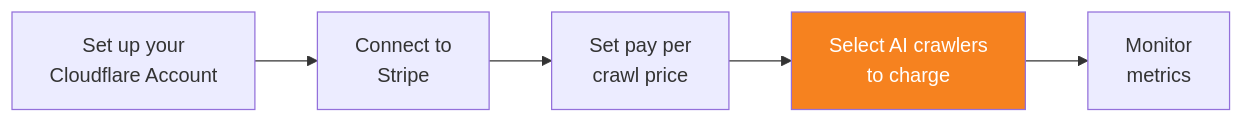
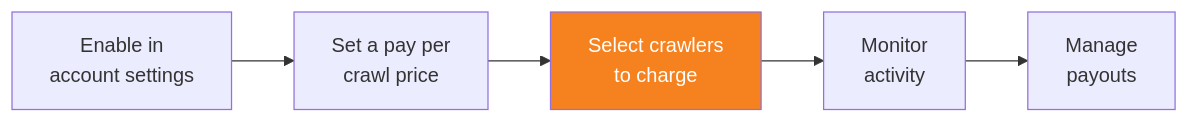
One commit to rdhanarot/cloudflare-docs changed the diagram in src/content/docs/ai-crawl-control/features/pay-per-crawl/use-pay-per-crawl-as-site-owner/select-crawlers-to-charge.mdx. Above: the diagram before and after it, drawn with Mermaid. The commit also changed other lines of this file and 17 other files, not shown here.

First line of the commit message:
AI Crawl Control: Reflect Dashboard Changes and Update Pay Per Crawl Site Owner Onboarding (#25081)

````diff
--- a/src/content/docs/ai-crawl-control/features/pay-per-crawl/use-pay-per-crawl-as-site-owner/select-crawlers-to-charge.mdx
+++ b/src/content/docs/ai-crawl-control/features/pay-per-crawl/use-pay-per-crawl-as-site-owner/select-crawlers-to-charge.mdx
@@ -10,8 +10,13 @@
 ```mermaid
 graph LR
-A[Set up your<br>Cloudflare Account] --> B[Connect to<br>Stripe]
-B --> C[Set pay per<br>crawl price]
-C --> D[Select AI crawlers<br>to charge]:::highlight
-D --> E[Monitor<br>metrics]
+A[Enable in<br>account settings] --> B[Set a pay per <br/>crawl price ]
+B --> C[Select crawlers<br>to charge]:::highlight
+C --> D[Monitor<br>activity]
+D --> E[Manage<br>payouts]
 classDef highlight fill:#F6821F,color:white
+
+click A "/ai-crawl-control/features/pay-per-crawl/use-pay-per-crawl-as-site-owner/enable-in-account-settings/"
+click B "/ai-crawl-control/features/pay-per-crawl/use-pay-per-crawl-as-site-owner/set-a-pay-per-crawl-price/"
+click D "/ai-crawl-control/features/pay-per-crawl/use-pay-per-crawl-as-site-owner/monitor-activity/"
+click E "/ai-crawl-control/features/pay-per-crawl/use-pay-per-crawl-as-site-owner/manage-payouts/"
 ```
````
